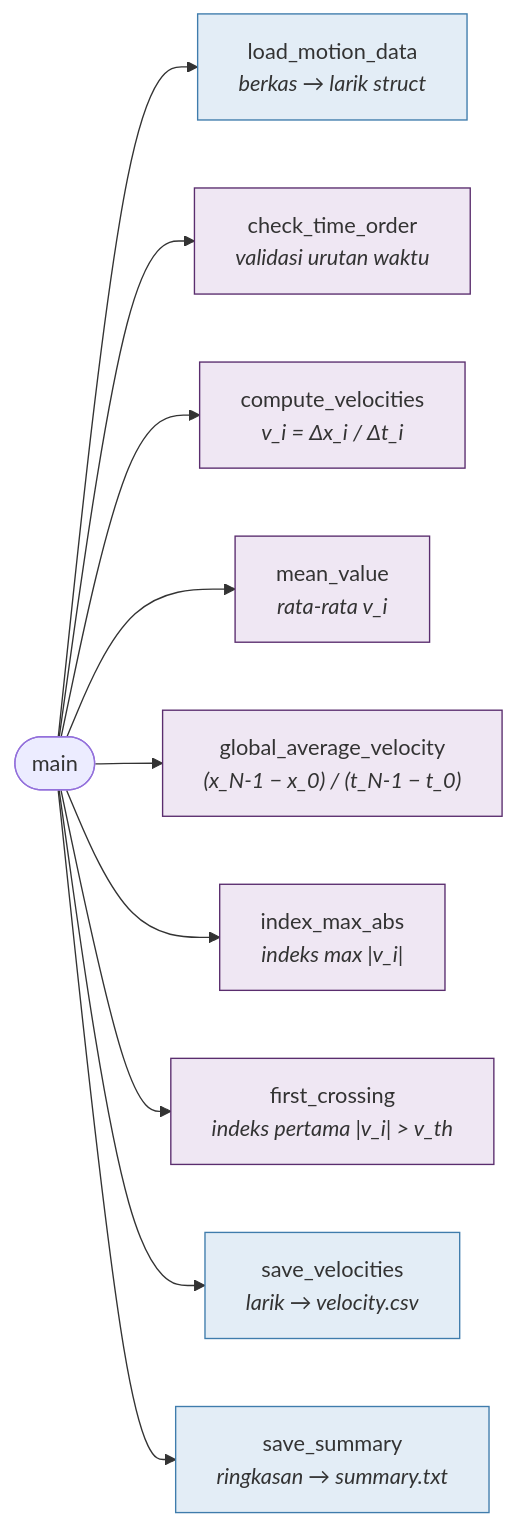
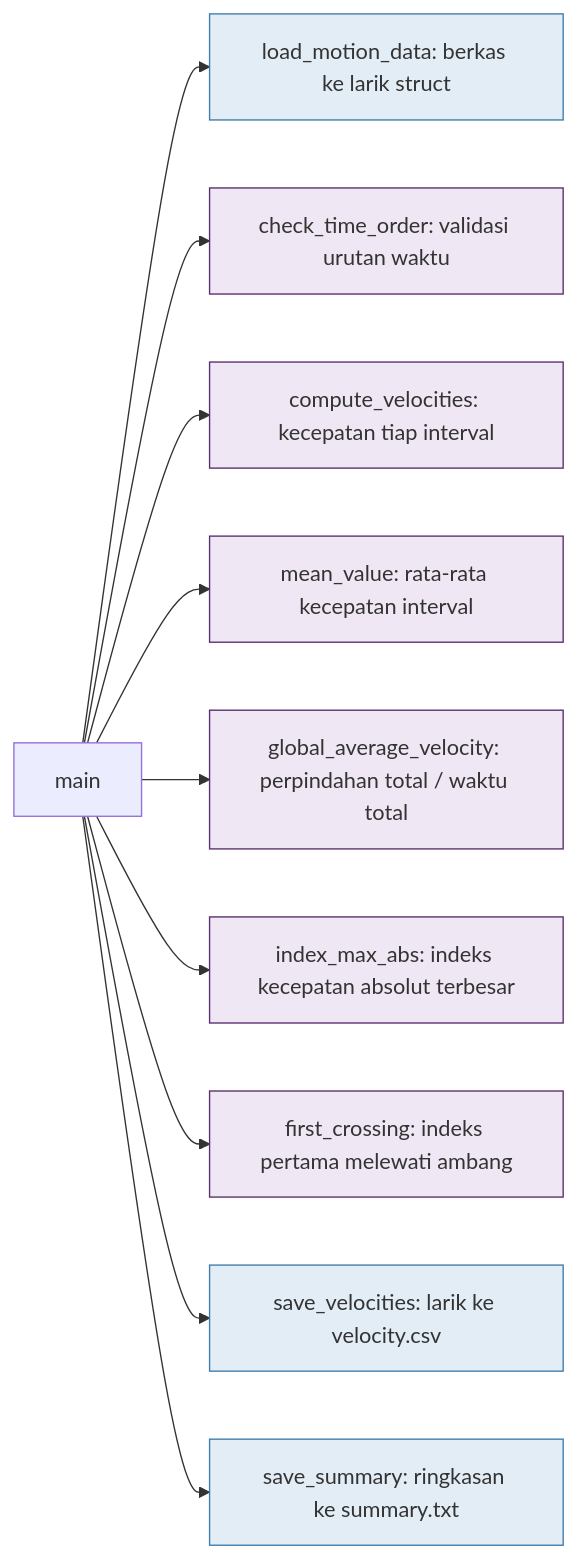
One commit to artnugraha/algoritma-pemrograman changed the diagram in Catatan-Kuliah/materi-08.md. Above: the diagram before and after it, drawn with Mermaid. The commit also changed 2 other files, not shown here.

````diff
--- a/Catatan-Kuliah/materi-08.md
+++ b/Catatan-Kuliah/materi-08.md
@@ -60,17 +60,21 @@
 ```mermaid
 flowchart LR
-    M(["main"])
-    M --> F1["load_motion_data<br/><i>berkas → larik struct</i>"]
-    M --> F2["check_time_order<br/><i>validasi urutan waktu</i>"]
-    M --> F3["compute_velocities<br/><i>v_i = Δx_i / Δt_i</i>"]
-    M --> F4["mean_value<br/><i>rata-rata v_i</i>"]
-    M --> F5["global_average_velocity<br/><i>(x_N-1 − x_0) / (t_N-1 − t_0)</i>"]
-    M --> F6["index_max_abs<br/><i>indeks max |v_i|</i>"]
-    M --> F7["first_crossing<br/><i>indeks pertama |v_i| > v_th</i>"]
-    M --> F8["save_velocities<br/><i>larik → velocity.csv</i>"]
-    M --> F9["save_summary<br/><i>ringkasan → summary.txt</i>"]
-    classDef io fill:#E3EDF6,stroke:#3F7CAC
-    classDef an fill:#EFE7F3,stroke:#5A2D6E
-    class F1,F8,F9 io
-    class F2,F3,F4,F5,F6,F7 an
+    M["main"] --> F1["load_motion_data: berkas ke larik struct"]
+    M --> F2["check_time_order: validasi urutan waktu"]
+    M --> F3["compute_velocities: kecepatan tiap interval"]
+    M --> F4["mean_value: rata-rata kecepatan interval"]
+    M --> F5["global_average_velocity: perpindahan total / waktu total"]
+    M --> F6["index_max_abs: indeks kecepatan absolut terbesar"]
+    M --> F7["first_crossing: indeks pertama melewati ambang"]
+    M --> F8["save_velocities: larik ke velocity.csv"]
+    M --> F9["save_summary: ringkasan ke summary.txt"]
+    style F1 fill:#E3EDF6,stroke:#3F7CAC
+    style F8 fill:#E3EDF6,stroke:#3F7CAC
+    style F9 fill:#E3EDF6,stroke:#3F7CAC
+    style F2 fill:#EFE7F3,stroke:#5A2D6E
+    style F3 fill:#EFE7F3,stroke:#5A2D6E
+    style F4 fill:#EFE7F3,stroke:#5A2D6E
+    style F5 fill:#EFE7F3,stroke:#5A2D6E
+    style F6 fill:#EFE7F3,stroke:#5A2D6E
+    style F7 fill:#EFE7F3,stroke:#5A2D6E
 ```
````
